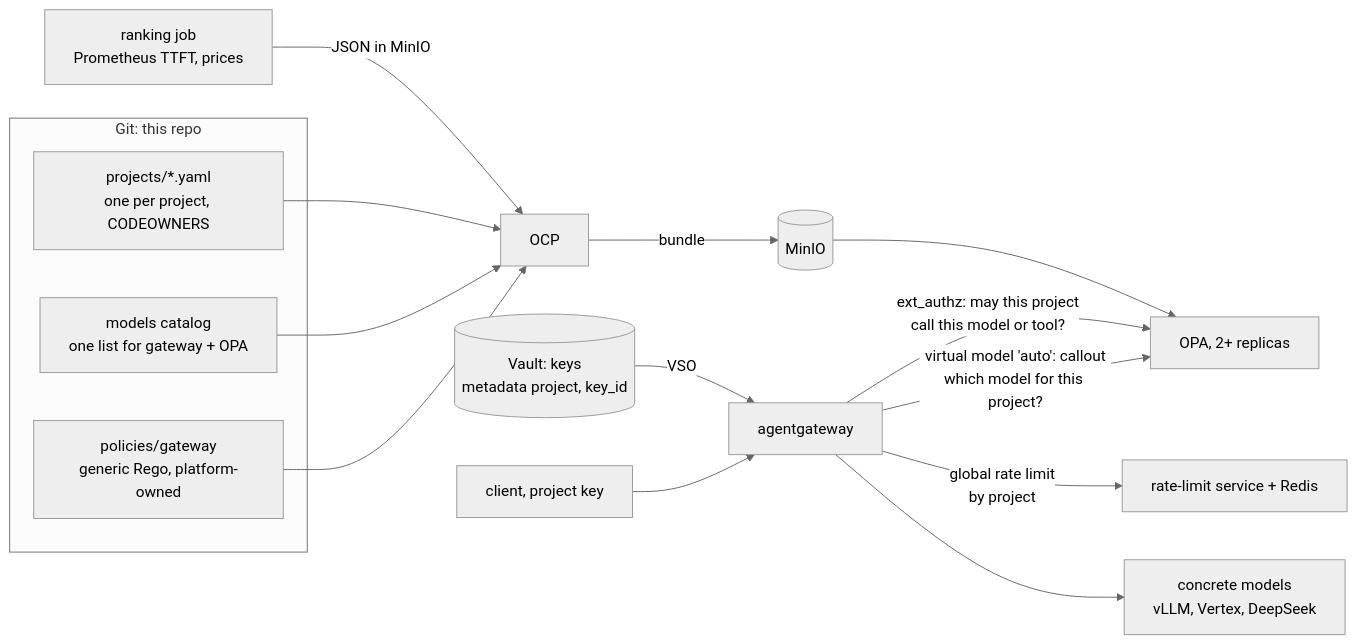
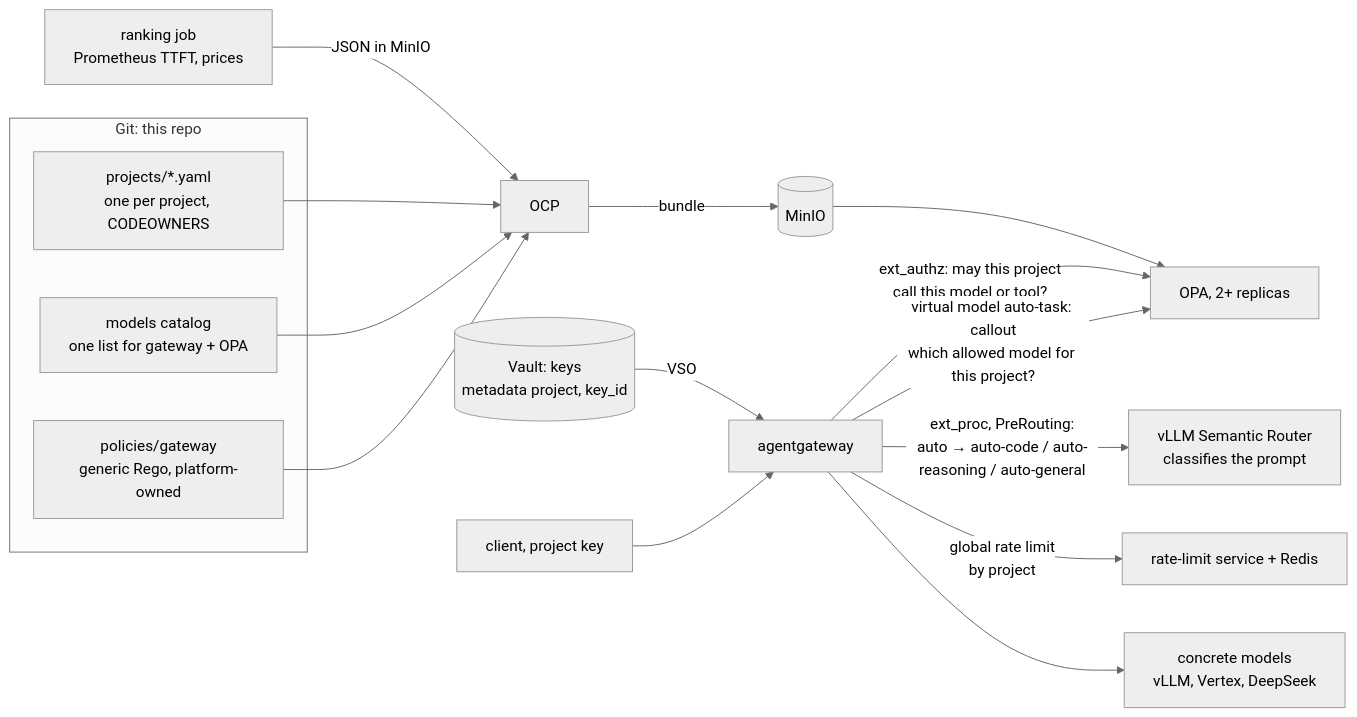
One commit to nolimitkun/mini-platform-deployment changed the first of 2 diagrams in docs/multi-project-policy.md. Above: the diagram before and after it, drawn with Mermaid (neutral theme). The commit also changed other lines of this file and 1 other file, not shown here.

First line of the commit message:
docs: vLLM Semantic Router for model "auto", with a second spike

````diff
--- a/docs/multi-project-policy.md
+++ b/docs/multi-project-policy.md
@@ -21,19 +21,20 @@
 ```mermaid
 flowchart LR
   subgraph git[Git: this repo]
     proj[projects/*.yaml<br/>one per project, CODEOWNERS]
     cat[models catalog<br/>one list for gateway + OPA]
     lib[policies/gateway<br/>generic Rego, platform-owned]
   end
   rank[ranking job<br/>Prometheus TTFT, prices] -->|JSON in MinIO| ocp
   proj --> ocp[OCP]
   cat --> ocp
   lib --> ocp
   ocp -->|bundle| minio[(MinIO)] --> opa[OPA, 2+ replicas]
   vault[(Vault: keys<br/>metadata project, key_id)] -->|VSO| agw
   client[client, project key] --> agw[agentgateway]
+  agw -->|ext_proc, PreRouting:<br/>auto → auto-code / auto-reasoning / auto-general| vsr[vLLM Semantic Router<br/>classifies the prompt]
   agw -->|ext_authz: may this project<br/>call this model or tool?| opa
-  agw -->|virtual model 'auto': callout<br/>which model for this project?| opa
+  agw -->|virtual model auto-task: callout<br/>which allowed model for this project?| opa
   agw -->|global rate limit<br/>by project| rl[rate-limit service + Redis]
   agw --> models[concrete models<br/>vLLM, Vertex, DeepSeek]
 ```
````
